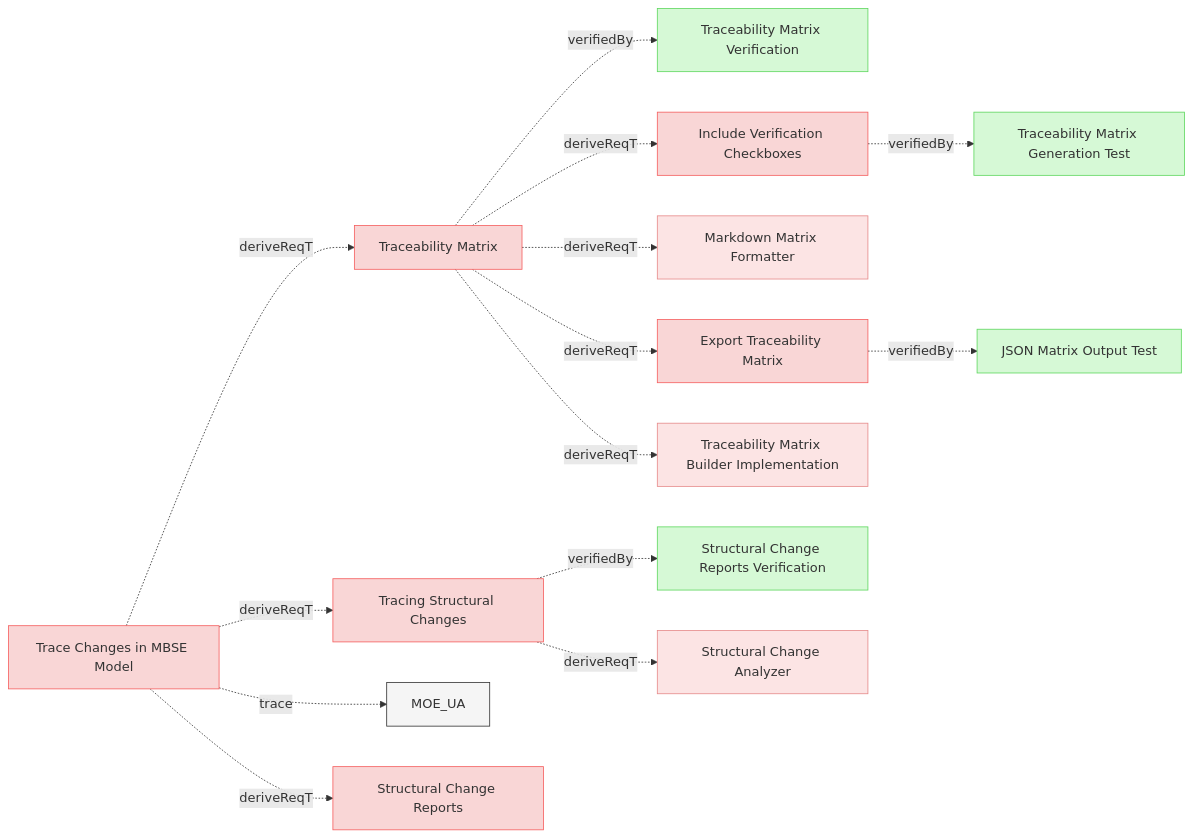
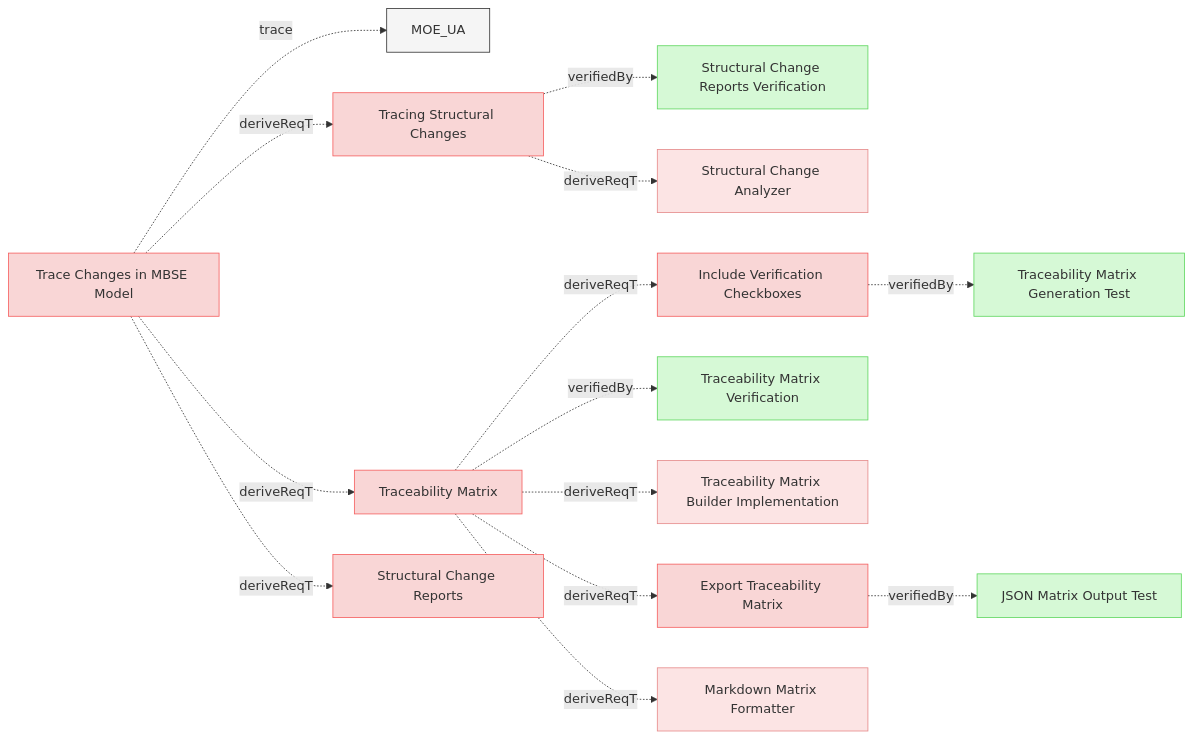
The sixth of 9 diagrams in specifications/UserRequirements.md (reqvire-org/reqvire), drawn with Mermaid before and after one commit. The commit also changed other lines of this file and 20 other files, not shown here.

````diff
--- a/specifications/UserRequirements.md
+++ b/specifications/UserRequirements.md
@@ -827,65 +827,65 @@
 ```mermaid
 graph LR;
   %% REQVIRE-AUTOGENERATED-DIAGRAM
   %% Graph styling
   classDef userRequirement fill:#f9d6d6,stroke:#f55f5f,stroke-width:1px;
   classDef systemRequirement fill:#fce4e4,stroke:#e68a8a,stroke-width:1px;
   classDef verification fill:#d6f9d6,stroke:#5fd75f,stroke-width:1px;
   classDef default fill:#f5f5f5,stroke:#333333,stroke-width:1px;
 
-  4e30ea0930dc9c26["Traceability Matrix"];
-  class 4e30ea0930dc9c26 userRequirement;
-  click 4e30ea0930dc9c26 "UserRequirements.md#traceability-matrix";
-  11c3285e74c8d60b["Traceability Matrix Verification"];
-  class 11c3285e74c8d60b verification;
-  click 11c3285e74c8d60b "Verifications/ChangeImpactTests.md#traceability-matrix-verification";
-  4e30ea0930dc9c26 -.->|verifiedBy| 11c3285e74c8d60b;
   6d32b919c82784b7["Include Verification Checkboxes"];
   class 6d32b919c82784b7 userRequirement;
   click 6d32b919c82784b7 "UserRequirements.md#include-verification-checkboxes";
-  4e30ea0930dc9c26 -.->|deriveReqT| 6d32b919c82784b7;
-  1b7491b67a792bc9["Markdown Matrix Formatter"];
-  class 1b7491b67a792bc9 systemRequirement;
-  click 1b7491b67a792bc9 "SystemRequirements/Requirements.md#markdown-matrix-formatter";
-  4e30ea0930dc9c26 -.->|deriveReqT| 1b7491b67a792bc9;
-  7de9a55d6102af23["Export Traceability Matrix"];
-  class 7de9a55d6102af23 userRequirement;
-  click 7de9a55d6102af23 "UserRequirements.md#export-traceability-matrix";
-  4e30ea0930dc9c26 -.->|deriveReqT| 7de9a55d6102af23;
-  b55d8517cd3e58["Traceability Matrix Builder Implementation"];
-  class b55d8517cd3e58 systemRequirement;
-  click b55d8517cd3e58 "SystemRequirements/Requirements.md#traceability-matrix-builder-implementation";
-  4e30ea0930dc9c26 -.->|deriveReqT| b55d8517cd3e58;
+  aa85c85e7c41d899["Traceability Matrix Generation Test"];
+  class aa85c85e7c41d899 verification;
+  click aa85c85e7c41d899 "Verifications/TreacibilityMatrix.md#traceability-matrix-generation-test";
+  6d32b919c82784b7 -.->|verifiedBy| aa85c85e7c41d899;
   d7b7b13a5b8d96e1["Tracing Structural Changes"];
   class d7b7b13a5b8d96e1 userRequirement;
   click d7b7b13a5b8d96e1 "UserRequirements.md#tracing-structural-changes";
   b0e8adb6596a35e7["Structural Change Reports Verification"];
   class b0e8adb6596a35e7 verification;
   click b0e8adb6596a35e7 "Verifications/ChangeImpactTests.md#structural-change-reports-verification";
   d7b7b13a5b8d96e1 -.->|verifiedBy| b0e8adb6596a35e7;
   d34d7e14d2a235a2["Structural Change Analyzer"];
   class d34d7e14d2a235a2 systemRequirement;
   click d34d7e14d2a235a2 "SystemRequirements/Requirements.md#structural-change-analyzer";
   d7b7b13a5b8d96e1 -.->|deriveReqT| d34d7e14d2a235a2;
-  aa85c85e7c41d899["Traceability Matrix Generation Test"];
-  class aa85c85e7c41d899 verification;
-  click aa85c85e7c41d899 "Verifications/TreacibilityMatrix.md#traceability-matrix-generation-test";
-  6d32b919c82784b7 -.->|verifiedBy| aa85c85e7c41d899;
+  4e30ea0930dc9c26["Traceability Matrix"];
+  class 4e30ea0930dc9c26 userRequirement;
+  click 4e30ea0930dc9c26 "UserRequirements.md#traceability-matrix";
+  4e30ea0930dc9c26 -.->|deriveReqT| 6d32b919c82784b7;
+  11c3285e74c8d60b["Traceability Matrix Verification"];
+  class 11c3285e74c8d60b verification;
+  click 11c3285e74c8d60b "Verifications/ChangeImpactTests.md#traceability-matrix-verification";
+  4e30ea0930dc9c26 -.->|verifiedBy| 11c3285e74c8d60b;
+  b55d8517cd3e58["Traceability Matrix Builder Implementation"];
+  class b55d8517cd3e58 systemRequirement;
+  click b55d8517cd3e58 "SystemRequirements/Requirements.md#traceability-matrix-builder-implementation";
+  4e30ea0930dc9c26 -.->|deriveReqT| b55d8517cd3e58;
+  7de9a55d6102af23["Export Traceability Matrix"];
+  class 7de9a55d6102af23 userRequirement;
+  click 7de9a55d6102af23 "UserRequirements.md#export-traceability-matrix";
+  4e30ea0930dc9c26 -.->|deriveReqT| 7de9a55d6102af23;
+  1b7491b67a792bc9["Markdown Matrix Formatter"];
+  class 1b7491b67a792bc9 systemRequirement;
+  click 1b7491b67a792bc9 "SystemRequirements/Requirements.md#markdown-matrix-formatter";
+  4e30ea0930dc9c26 -.->|deriveReqT| 1b7491b67a792bc9;
   50c290277850dd17["JSON Matrix Output Test"];
   class 50c290277850dd17 verification;
   click 50c290277850dd17 "Verifications/TreacibilityMatrix.md#json-matrix-output-test";
   7de9a55d6102af23 -.->|verifiedBy| 50c290277850dd17;
   5ef9c8ae19a9f55a["Trace Changes in MBSE Model"];
   class 5ef9c8ae19a9f55a userRequirement;
   click 5ef9c8ae19a9f55a "UserStories.md#trace-changes-in-mbse-model";
   2c5f30f14e792200["MOE_UA"];
   class 2c5f30f14e792200 default;
   click 2c5f30f14e792200 "MOEs.md#moe_ua";
   5ef9c8ae19a9f55a -.->|trace| 2c5f30f14e792200;
+  5ef9c8ae19a9f55a -.->|deriveReqT| d7b7b13a5b8d96e1;
   5ef9c8ae19a9f55a -.->|deriveReqT| 4e30ea0930dc9c26;
-  5ef9c8ae19a9f55a -.->|deriveReqT| d7b7b13a5b8d96e1;
   1908501a80db5c46["Structural Change Reports"];
   class 1908501a80db5c46 userRequirement;
   click 1908501a80db5c46 "UserRequirements.md#structural-change-reports";
   5ef9c8ae19a9f55a -.->|deriveReqT| 1908501a80db5c46;
 ```
````
